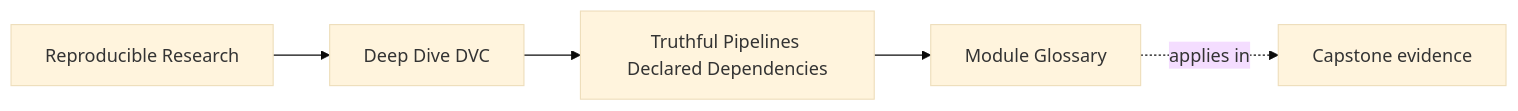
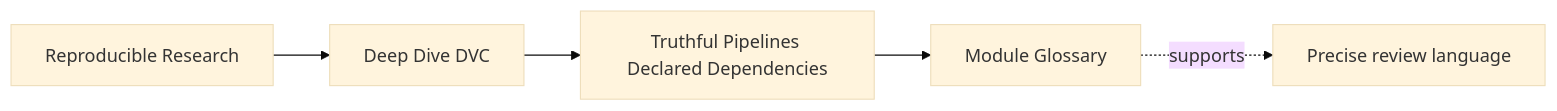
The first of 3 diagrams in programs/reproducible-research/deep-dive-dvc/course-book/module-04-truthful-pipelines-declared-dependencies/glossary.md (bijux/bijux-masterclass), drawn with Mermaid (base theme) before and after one commit. The commit also changed other lines of this file, not shown here.

````diff
--- a/programs/reproducible-research/deep-dive-dvc/course-book/module-04-truthful-pipelines-declared-dependencies/glossary.md
+++ b/programs/reproducible-research/deep-dive-dvc/course-book/module-04-truthful-pipelines-declared-dependencies/glossary.md
@@ -7,11 +6,11 @@
 ```mermaid
 graph LR
   family["Reproducible Research"]
   program["Deep Dive DVC"]
   section["Truthful Pipelines Declared Dependencies"]
   page["Module Glossary"]
-  capstone["Capstone evidence"]
+  review["Precise review language"]
 
   family --> program --> section --> page
-  page -.applies in.-> capstone
+  page -.supports.-> review
 ```
````
